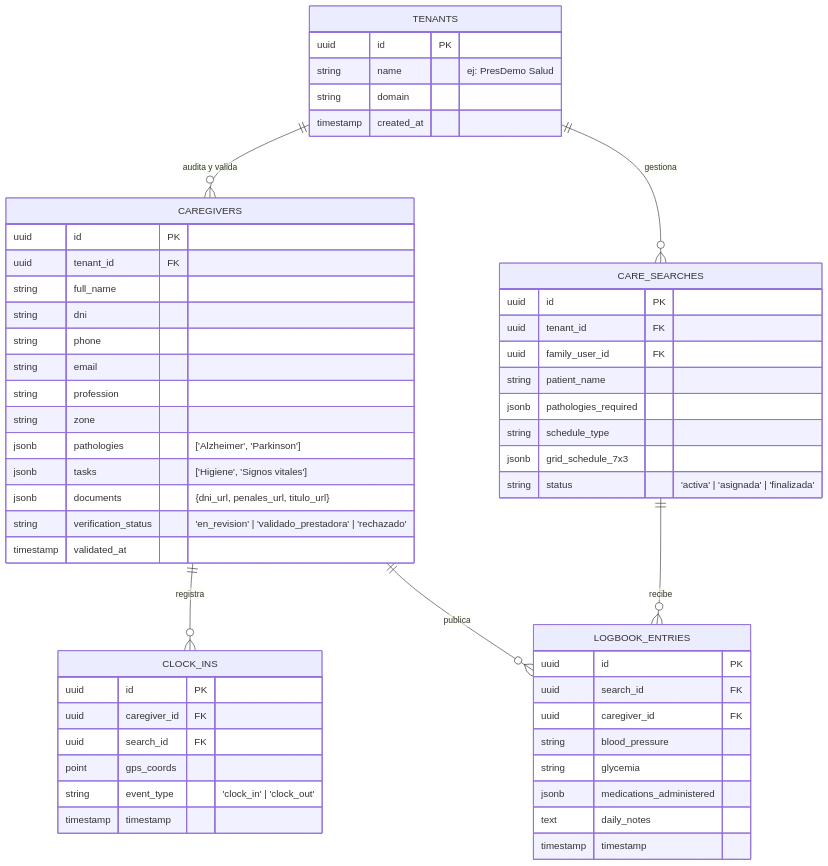
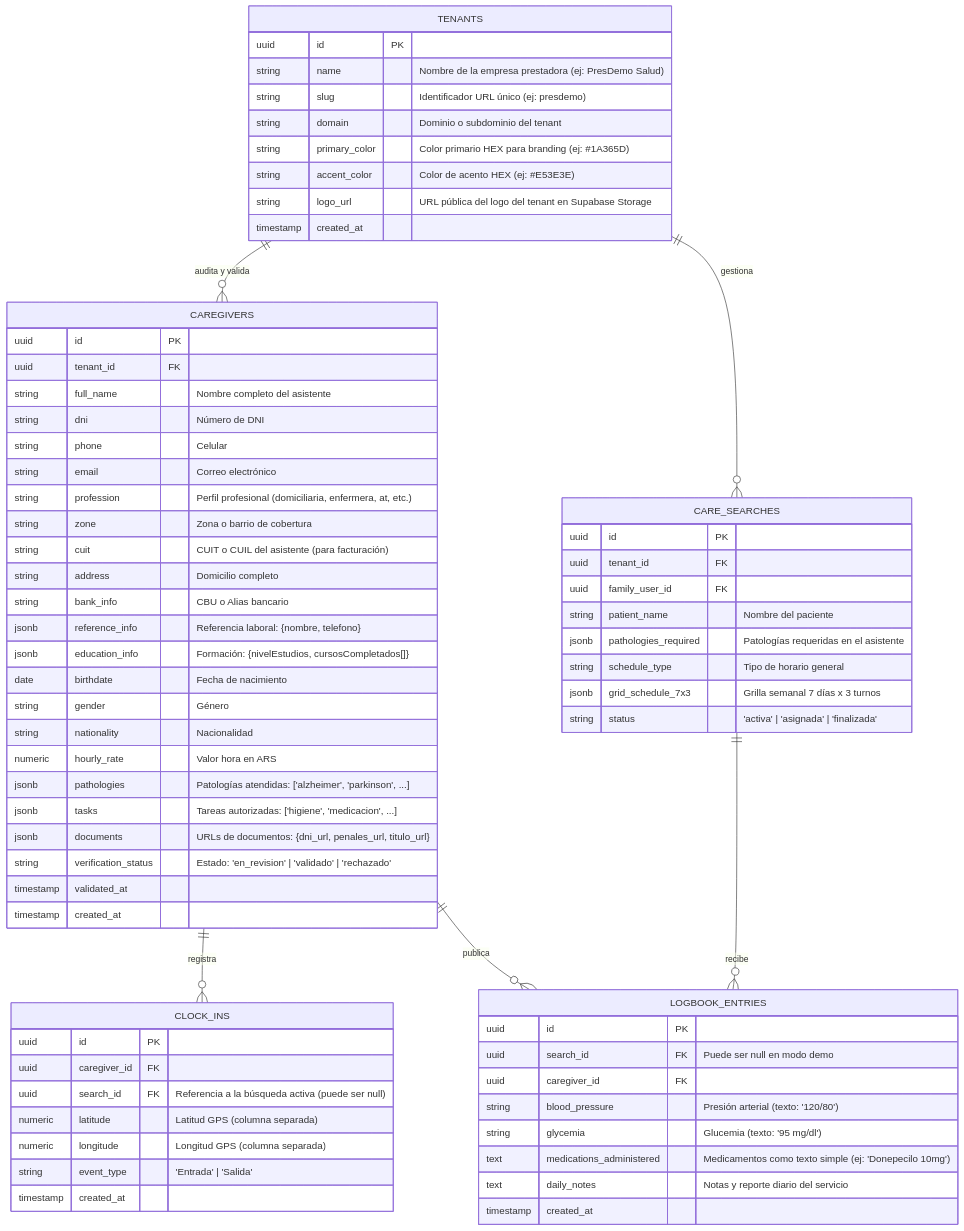
The diagram in docs/plan_migracion_supabase.md (CeltaTech/Careonys-Marketplace), drawn with Mermaid before and after one commit. The commit also changed other lines of this file and 55 other files, not shown here.

First line of the commit message:
feat: branding PresDemo, fix encoding UTF-8, PWA offline, deploy celta-tech

````diff
--- a/docs/plan_migracion_supabase.md
+++ b/docs/plan_migracion_supabase.md
@@ -28,62 +33,77 @@
 ```mermaid
 erDiagram
     TENANTS ||--o{ CAREGIVERS : "audita y valida"
     TENANTS ||--o{ CARE_SEARCHES : "gestiona"
     CAREGIVERS ||--o{ CLOCK_INS : "registra"
     CAREGIVERS ||--o{ LOGBOOK_ENTRIES : "publica"
     CARE_SEARCHES ||--o{ LOGBOOK_ENTRIES : "recibe"
 
     TENANTS {
         uuid id PK
-        string name "ej: PresDemo Salud"
-        string domain
+        string name "Nombre de la empresa prestadora (ej: PresDemo Salud)"
+        string slug "Identificador URL único (ej: presdemo)"
+        string domain "Dominio o subdominio del tenant"
+        string primary_color "Color primario HEX para branding (ej: #1A365D)"
+        string accent_color "Color de acento HEX (ej: #E53E3E)"
+        string logo_url "URL pública del logo del tenant en Supabase Storage"
         timestamp created_at
     }
 
     CAREGIVERS {
         uuid id PK
         uuid tenant_id FK
-        string full_name
-        string dni
-        string phone
-        string email
-        string profession
-        string zone
-        jsonb pathologies "['Alzheimer', 'Parkinson']"
-        jsonb tasks "['Higiene', 'Signos vitales']"
-        jsonb documents "{dni_url, penales_url, titulo_url}"
-        string verification_status "'en_revision' | 'validado_prestadora' | 'rechazado'"
+        string full_name "Nombre completo del asistente"
+        string dni "Número de DNI"
+        string phone "Celular"
+        string email "Correo electrónico"
+        string profession "Perfil profesional (domiciliaria, enfermera, at, etc.)"
+        string zone "Zona o barrio de cobertura"
+        string cuit "CUIT o CUIL del asistente (para facturación)"
+        string address "Domicilio completo"
+        string bank_info "CBU o Alias bancario"
+        jsonb reference_info "Referencia laboral: {nombre, telefono}"
+        jsonb education_info "Formación: {nivelEstudios, cursosCompletados[]}"
+        date birthdate "Fecha de nacimiento"
+        string gender "Género"
+        string nationality "Nacionalidad"
+        numeric hourly_rate "Valor hora en ARS"
+        jsonb pathologies "Patologías atendidas: ['alzheimer', 'parkinson', ...]"
+        jsonb tasks "Tareas autorizadas: ['higiene', 'medicacion', ...]"
+        jsonb documents "URLs de documentos: {dni_url, penales_url, titulo_url}"
+        string verification_status "Estado: 'en_revision' | 'validado' | 'rechazado'"
         timestamp validated_at
+        timestamp created_at
     }
 
     CARE_SEARCHES {
         uuid id PK
         uuid tenant_id FK
         uuid family_user_id FK
-        string patient_name
-        jsonb pathologies_required
-        string schedule_type
-        jsonb grid_schedule_7x3
+        string patient_name "Nombre del paciente"
+        jsonb pathologies_required "Patologías requeridas en el asistente"
+        string schedule_type "Tipo de horario general"
+        jsonb grid_schedule_7x3 "Grilla semanal 7 días x 3 turnos"
         string status "'activa' | 'asignada' | 'finalizada'"
     }
 
     CLOCK_INS {
         uuid id PK
         uuid caregiver_id FK
-        uuid search_id FK
-        point gps_coords
-        string event_type "'clock_in' | 'clock_out'"
-        timestamp timestamp
+        uuid search_id FK "Referencia a la búsqueda activa (puede ser null)"
+        numeric latitude "Latitud GPS (columna separada)"
+        numeric longitude "Longitud GPS (columna separada)"
+        string event_type "'Entrada' | 'Salida'"
+        timestamp created_at
     }
 
     LOGBOOK_ENTRIES {
         uuid id PK
-        uuid search_id FK
+        uuid search_id FK "Puede ser null en modo demo"
         uuid caregiver_id FK
-        string blood_pressure
-        string glycemia
-        jsonb medications_administered
-        text daily_notes
-        timestamp timestamp
+        string blood_pressure "Presión arterial (texto: '120/80')"
+        string glycemia "Glucemia (texto: '95 mg/dl')"
+        text medications_administered "Medicamentos como texto simple (ej: 'Donepecilo 10mg')"
+        text daily_notes "Notas y reporte diario del servicio"
+        timestamp created_at
     }
 ```
````
